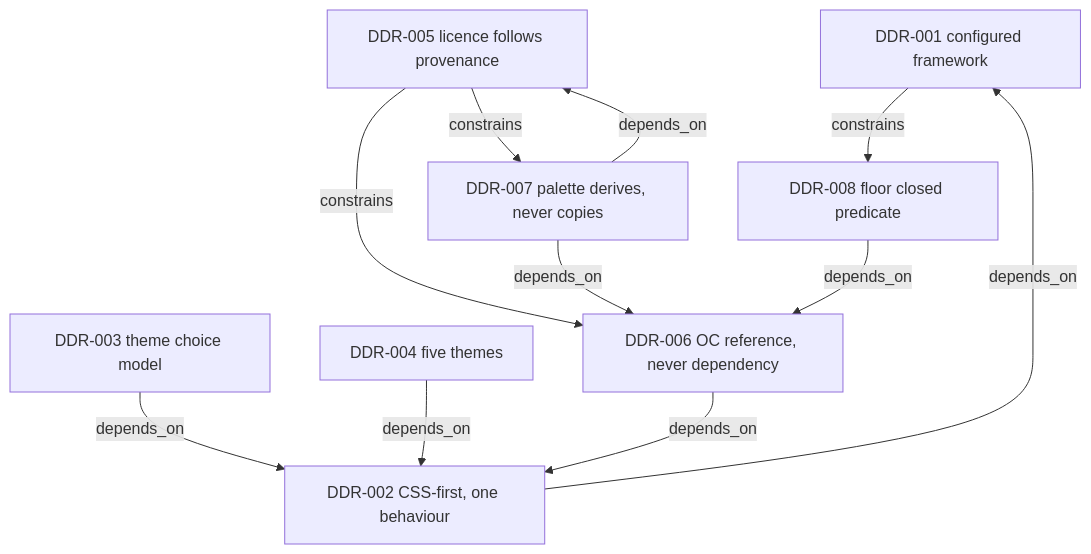
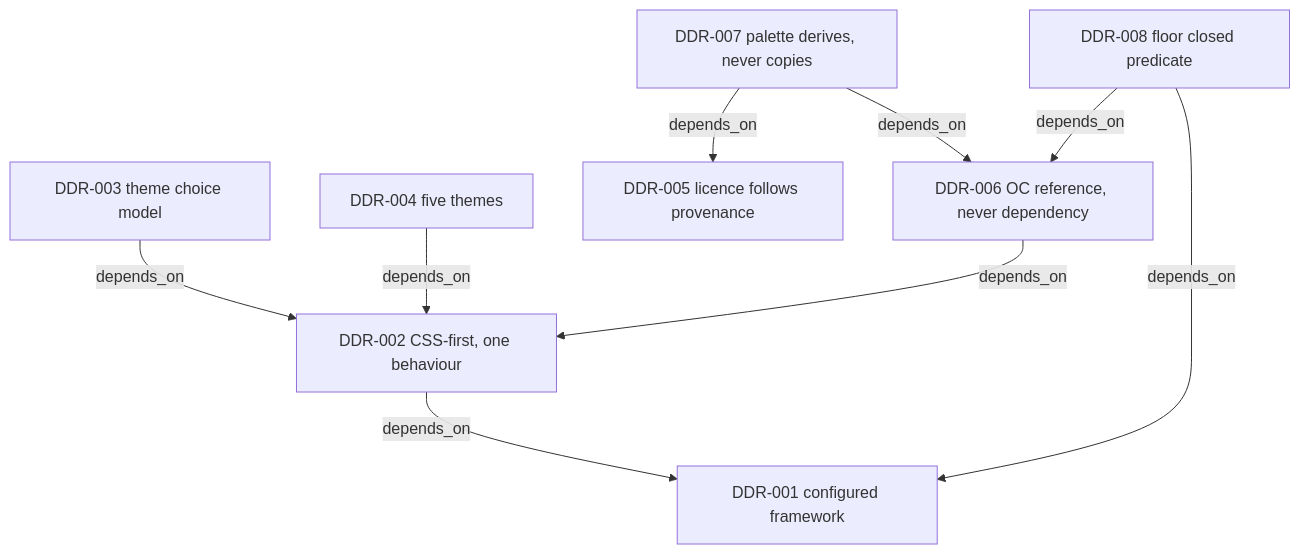
The diagram in docs/design/README.md (EngraphCode/oak-open-curriculum-ecosystem), drawn with Mermaid before and after one commit. The commit also changed other lines of this file and 15 other files, not shown here.

````diff
--- a/docs/design/README.md
+++ b/docs/design/README.md
@@ -98,21 +99,19 @@
 ```mermaid
 graph TD
   DDR001["DDR-001 configured framework"]
   DDR002["DDR-002 CSS-first, one behaviour"]
   DDR003["DDR-003 theme choice model"]
   DDR004["DDR-004 five themes"]
   DDR005["DDR-005 licence follows provenance"]
   DDR006["DDR-006 OC reference, never dependency"]
   DDR007["DDR-007 palette derives, never copies"]
   DDR008["DDR-008 floor closed predicate"]
   DDR002 -->|depends_on| DDR001
   DDR003 -->|depends_on| DDR002
   DDR004 -->|depends_on| DDR002
   DDR006 -->|depends_on| DDR002
   DDR007 -->|depends_on| DDR005
   DDR007 -->|depends_on| DDR006
+  DDR008 -->|depends_on| DDR001
   DDR008 -->|depends_on| DDR006
-  DDR005 -->|constrains| DDR006
-  DDR005 -->|constrains| DDR007
-  DDR001 -->|constrains| DDR008
 ```
````
